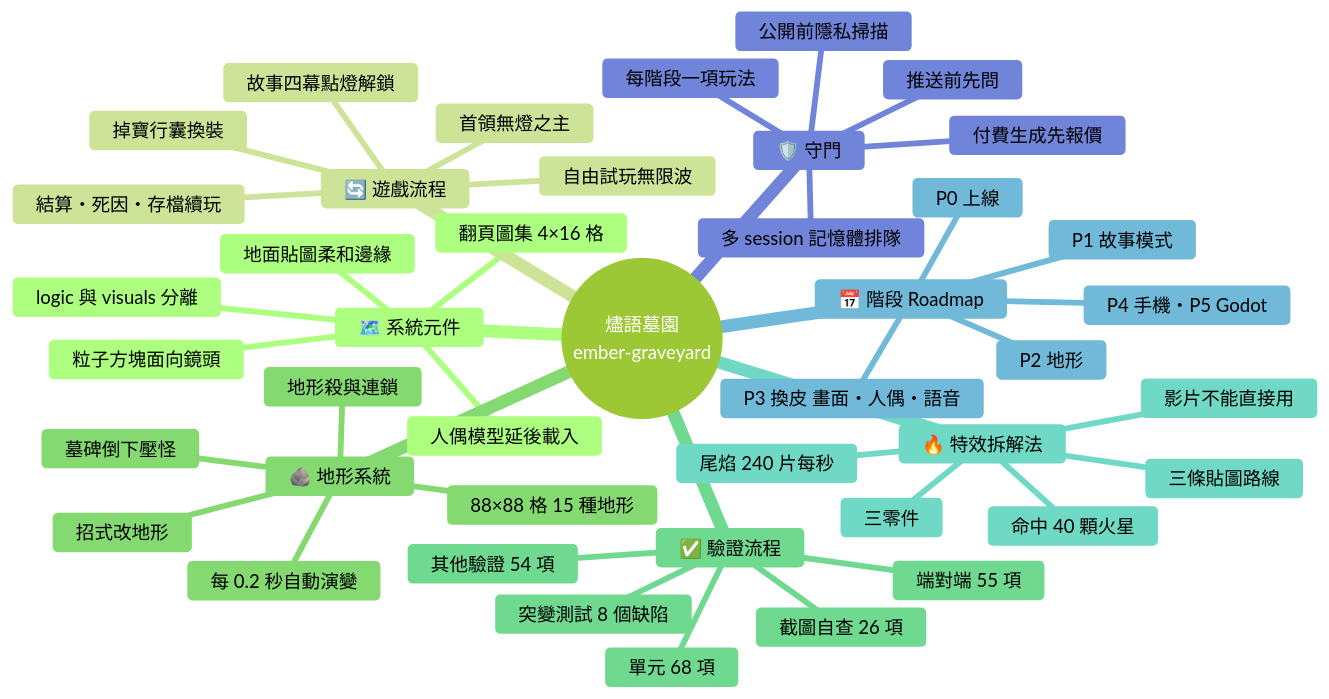
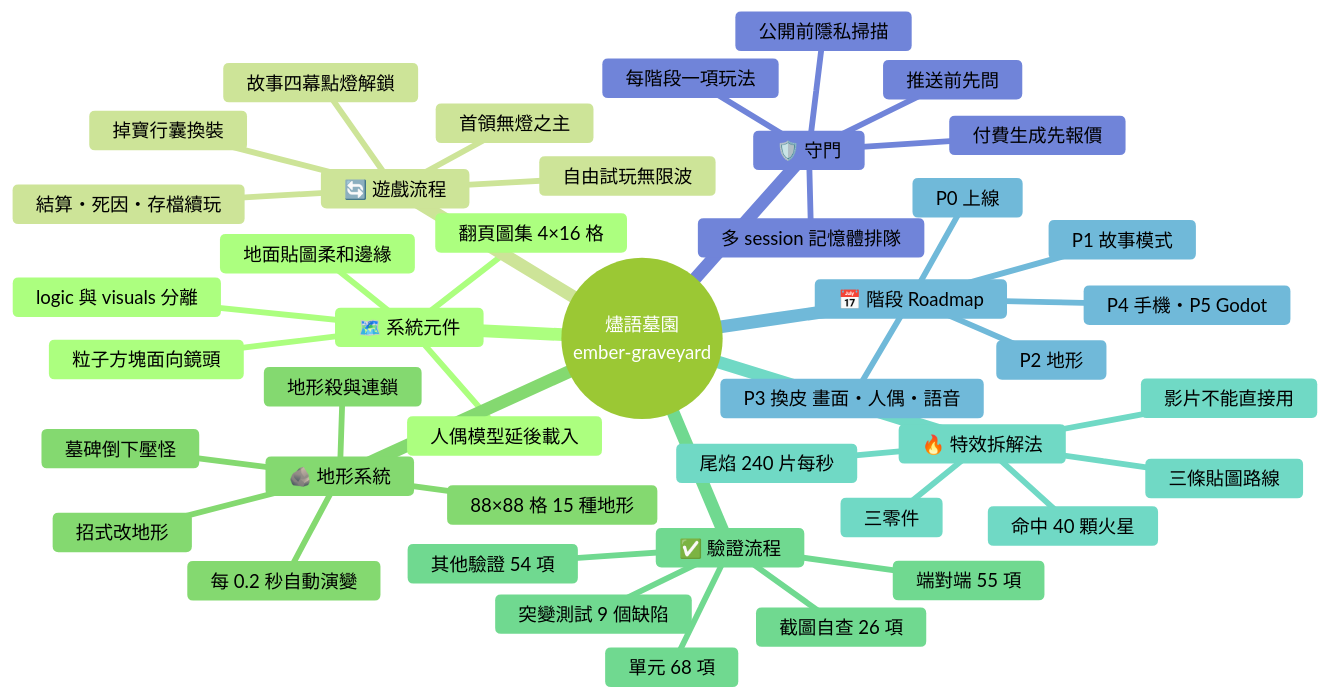
One commit to Lee-unhn/ember-graveyard changed the diagram in docs/diagrams/2026-11-16_EmberGraveyard_P3/mindmap.mmd. Above: the diagram before and after it, drawn with Mermaid (forest theme). The commit also changed 10 other files, not shown here.

```diff
--- a/docs/diagrams/2026-11-16_EmberGraveyard_P3/mindmap.mmd
+++ b/docs/diagrams/2026-11-16_EmberGraveyard_P3/mindmap.mmd
@@ -1,44 +1,44 @@
 mindmap
   root((燼語墓園<br/>ember-graveyard))
     🗺️ 系統元件
       粒子方塊面向鏡頭
       翻頁圖集 4×16 格
       地面貼圖柔和邊緣
       人偶模型延後載入
       logic 與 visuals 分離
     🔄 遊戲流程
       故事四幕點燈解鎖
       首領無燈之主
       自由試玩無限波
       掉寶行囊換裝
       結算・死因・存檔續玩
     🪨 地形系統
       88×88 格 15 種地形
       招式改地形
       每 0.2 秒自動演變
       地形殺與連鎖
       墓碑倒下壓怪
     ✅ 驗證流程
       單元 68 項
       端對端 55 項
       其他驗證 54 項
       截圖自查 26 項
-      突變測試 8 個缺陷
+      突變測試 9 個缺陷
     🔥 特效拆解法
       影片不能直接用
       三零件
       尾焰 240 片每秒
       命中 40 顆火星
       三條貼圖路線
     📅 階段 Roadmap
       P0 上線
       P1 故事模式
       P2 地形
       P3 換皮 畫面・人偶・語音
       P4 手機・P5 Godot
     🛡️ 守門
       推送前先問
       公開前隱私掃描
       付費生成先報價
       每階段一項玩法
       多 session 記憶體排隊
```
